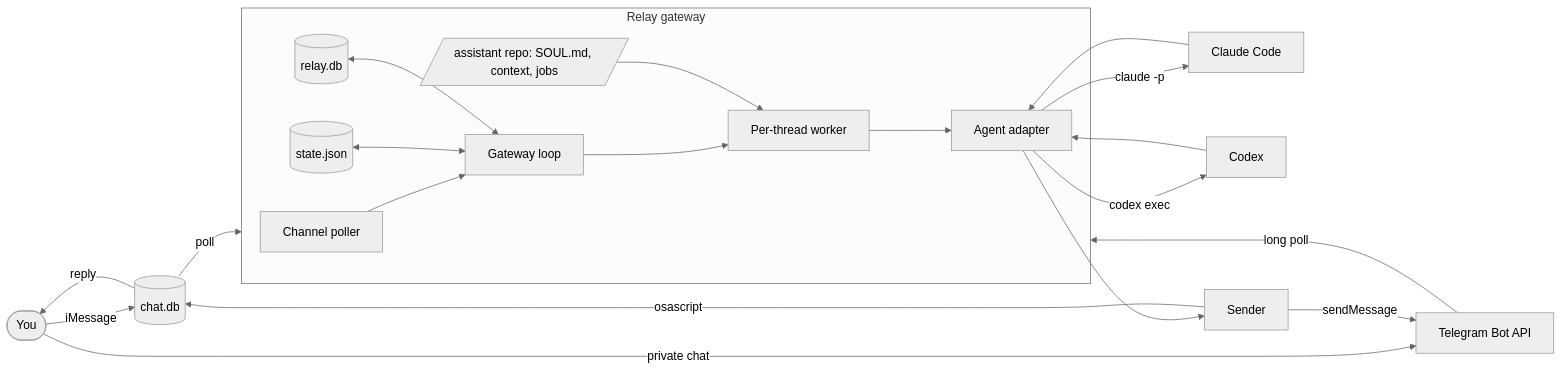
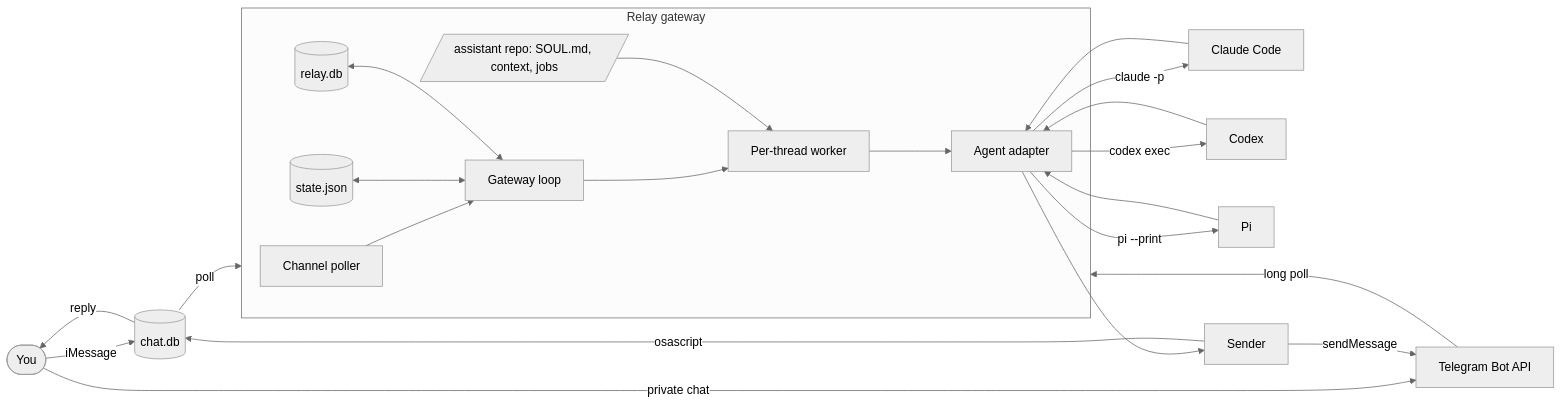
The first of 2 diagrams in docs/architecture.md (edheltzel/Relay), drawn with Mermaid (neutral theme) before and after one commit. The commit also changed other lines of this file and 23 other files, not shown here.

````diff
--- a/docs/architecture.md
+++ b/docs/architecture.md
@@ -64,23 +64,25 @@
 ```mermaid
 flowchart LR
     user([You]) -->|iMessage| db[(chat.db)]
     user -->|private chat| tg[Telegram Bot API]
     db -->|poll| relay
     tg -->|long poll| relay
     subgraph relay[Relay gateway]
         poller[Channel poller] --> gateway[Gateway loop]
         gateway --> worker[Per-thread worker]
         store[(state.json)] <--> gateway
         history[(relay.db)] <--> gateway
         assistant[/assistant repo: SOUL.md, context, jobs/] --> worker
         worker --> adapter[Agent adapter]
     end
     adapter -->|claude -p| claude[Claude Code]
     adapter -->|codex exec| codex[Codex]
+    adapter -->|pi --print| pi[Pi]
     claude --> adapter
     codex --> adapter
+    pi --> adapter
     adapter --> sender[Sender]
     sender -->|osascript| db
     sender -->|sendMessage| tg
     db -->|reply| user
 ```
````
